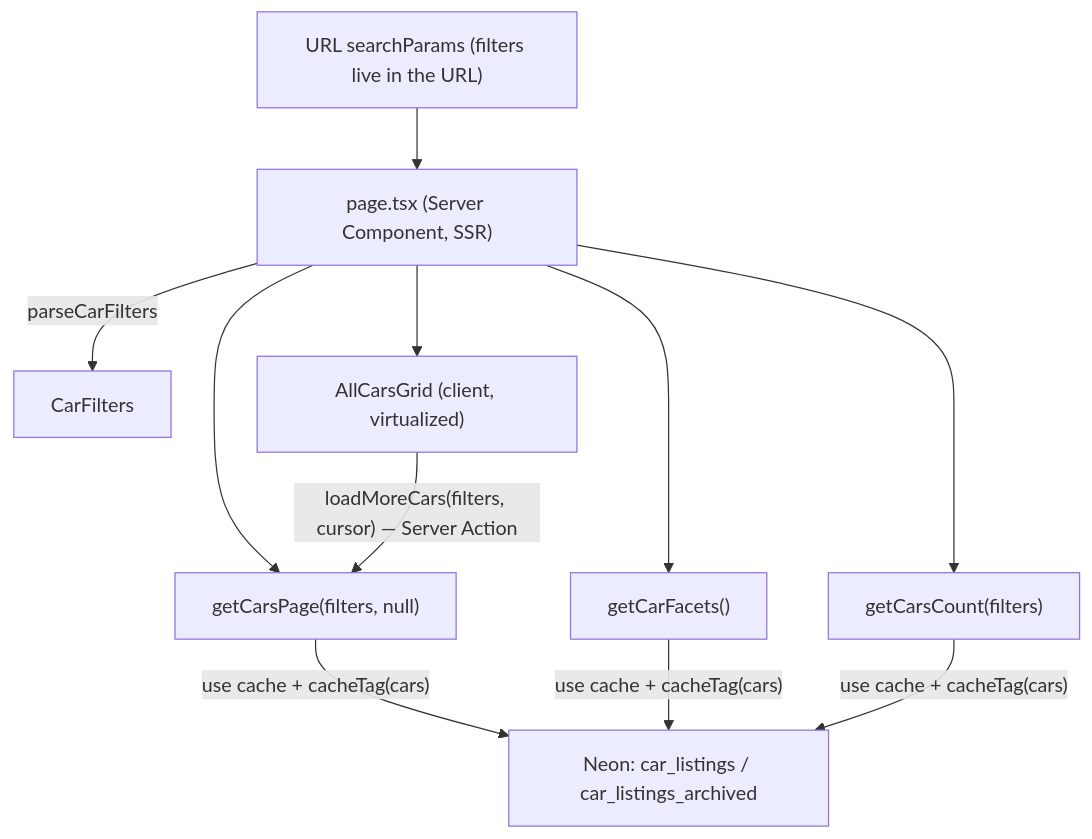
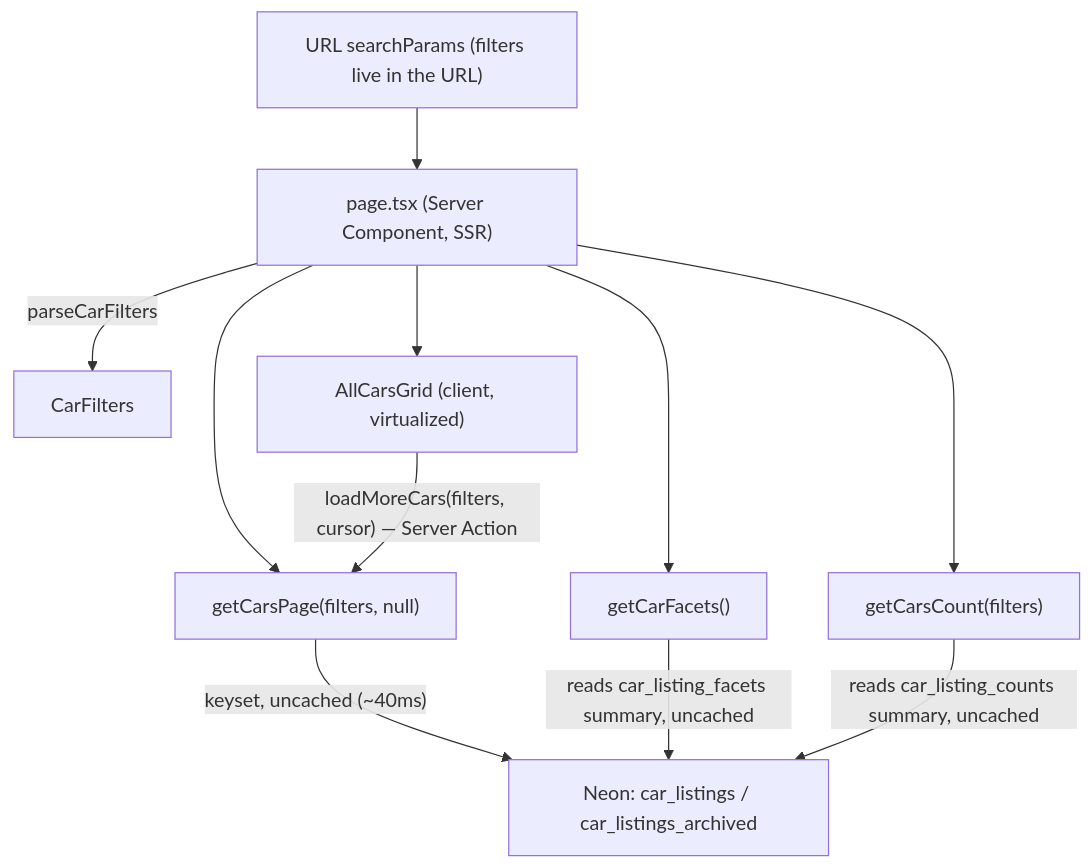
One commit to bojidaryovchev/selectauto changed the diagram in docs/08-web-all-cars-page.md. Above: the diagram before and after it, drawn with Mermaid. The commit also changed other lines of this file and 6 other files, not shown here.

````diff
--- a/docs/08-web-all-cars-page.md
+++ b/docs/08-web-all-cars-page.md
@@ -36,11 +36,13 @@
 ```mermaid
 flowchart TD
   url["URL searchParams (filters live in the URL)"] --> page["page.tsx (Server Component, SSR)"]
   page -->|parseCarFilters| f["CarFilters"]
   page --> q1["getCarsPage(filters, null)"]
   page --> q2["getCarFacets()"]
   page --> q3["getCarsCount(filters)"]
-  q1 & q2 & q3 -->|"use cache + cacheTag(cars)"| db["Neon: car_listings / car_listings_archived"]
+  q1 -->|"keyset, uncached (~40ms)"| db["Neon: car_listings / car_listings_archived"]
+  q2 -->|"reads car_listing_facets summary, uncached"| db
+  q3 -->|"reads car_listing_counts summary, uncached"| db
   page --> grid["AllCarsGrid (client, virtualized)"]
   grid -->|"loadMoreCars(filters, cursor) — Server Action"| q1
 ```
````
